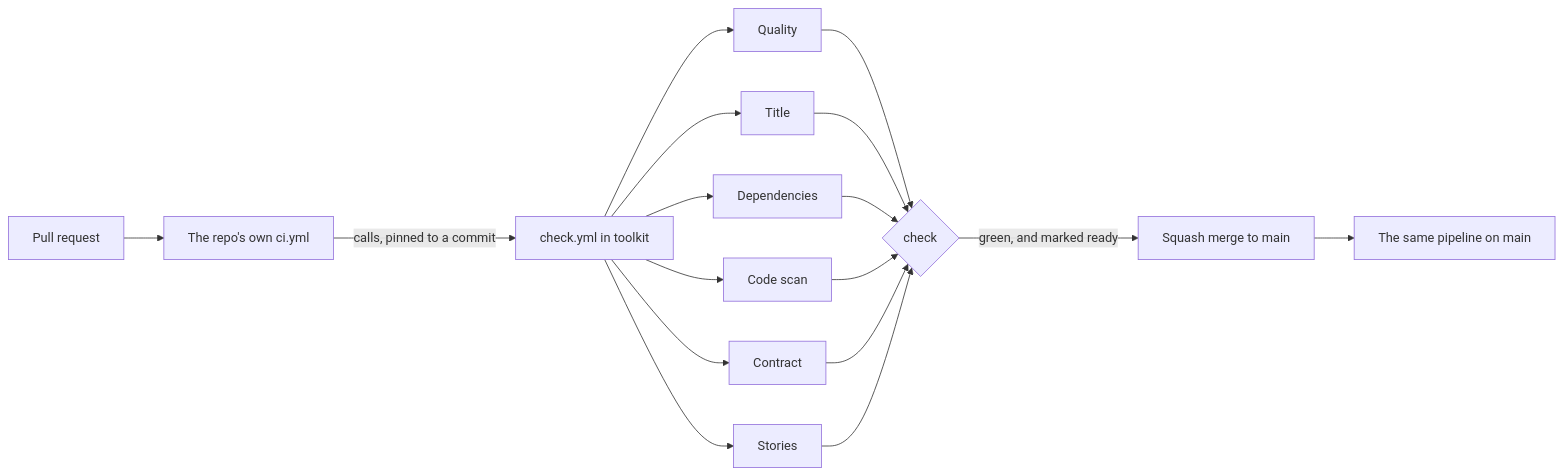
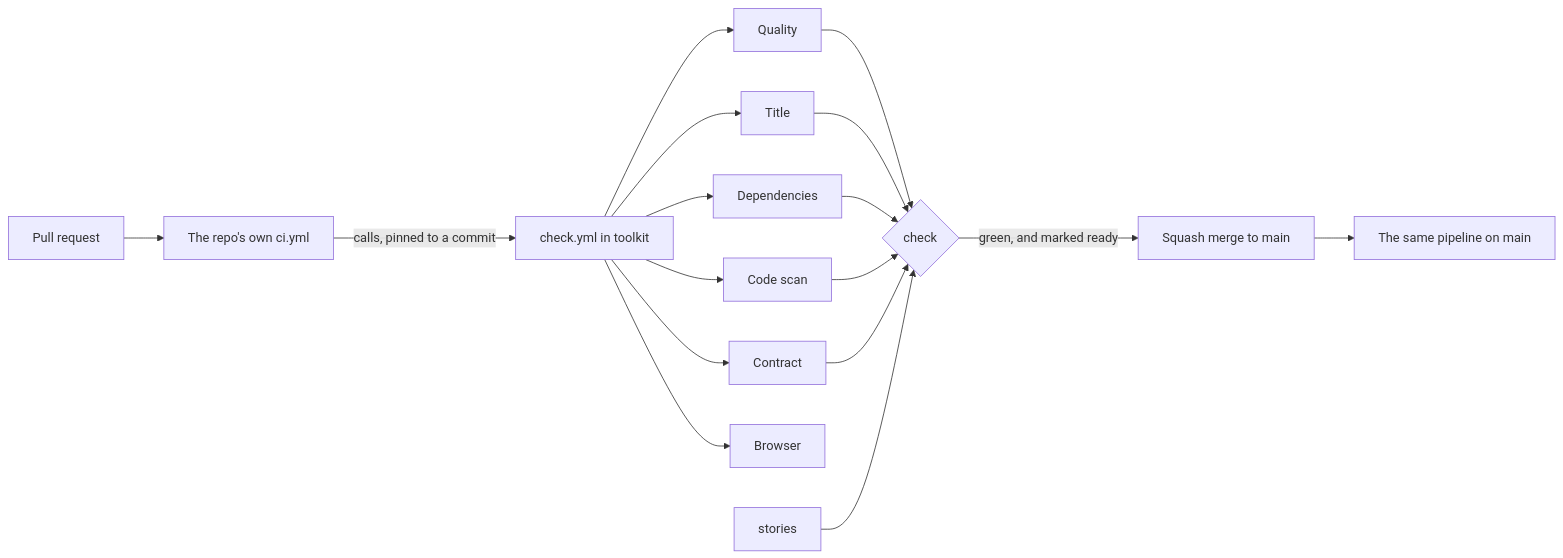
Before and after one commit to zigordev/toolkit: the diagram in docs/handbook/the-pipeline.md, drawn with Mermaid. The commit also changed other lines of this file and 44 other files, not shown here.

````diff
--- a/docs/handbook/the-pipeline.md
+++ b/docs/handbook/the-pipeline.md
@@ -31,19 +31,19 @@
 ```mermaid
 flowchart LR
   pr["Pull request"] --> caller["The repo's own ci.yml"]
   caller -->|"calls, pinned to a commit"| pipeline["check.yml in toolkit"]
   pipeline --> quality["Quality"]
   pipeline --> title["Title"]
   pipeline --> deps["Dependencies"]
   pipeline --> scan["Code scan"]
   pipeline --> contract["Contract"]
-  pipeline --> stories["Stories"]
+  pipeline --> browser["Browser"]
   quality --> gate{check}
   title --> gate
   deps --> gate
   scan --> gate
   contract --> gate
   stories --> gate
   gate -->|"green, and marked ready"| merge["Squash merge to main"]
   merge --> again["The same pipeline on main"]
 ```
````
